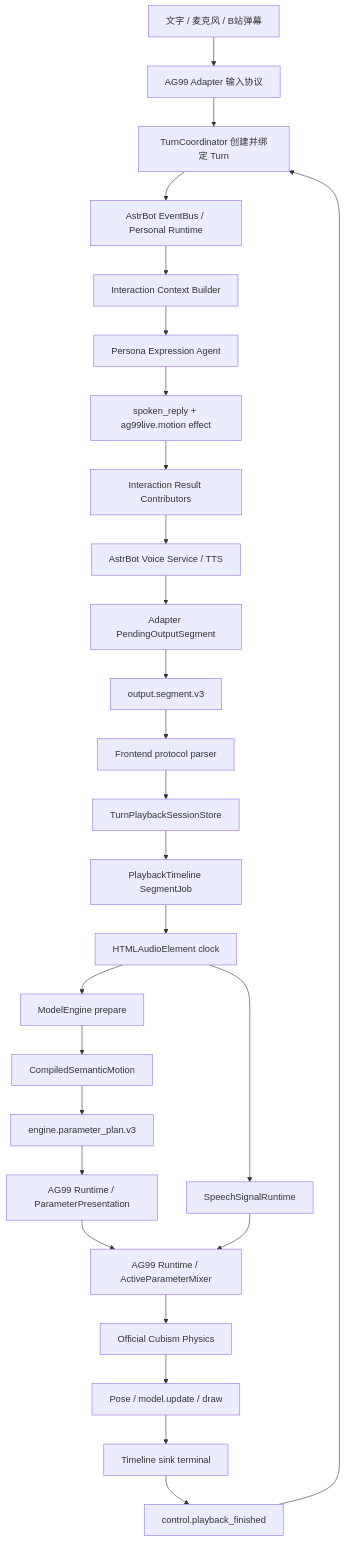
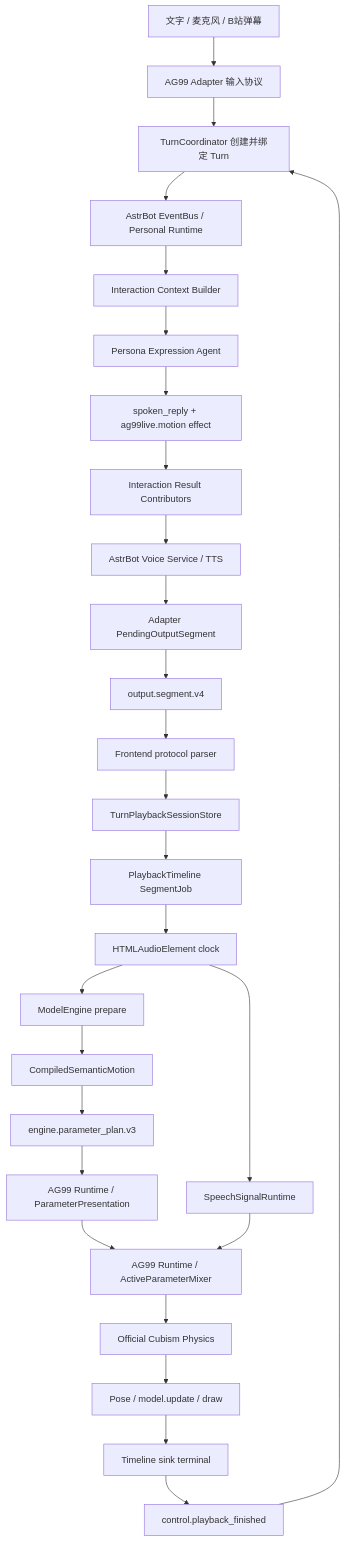
One commit to murphys7017/AG99live changed the diagram in docs/02-设计文档/19-角色表演主流程与编排职责审计.md. Above: the diagram before and after it, drawn with Mermaid. The commit also changed other lines of this file and 42 other files, not shown here.

````diff
--- a/docs/02-设计文档/19-角色表演主流程与编排职责审计.md
+++ b/docs/02-设计文档/19-角色表演主流程与编排职责审计.md
@@ -50,29 +50,29 @@
 ```mermaid
 flowchart TD
     U[文字 / 麦克风 / B站弹幕] --> A[AG99 Adapter 输入协议]
     A --> B[TurnCoordinator 创建并绑定 Turn]
     B --> C[AstrBot EventBus / Personal Runtime]
     C --> D[Interaction Context Builder]
     D --> E[Persona Expression Agent]
     E --> F[spoken_reply + ag99live.motion effect]
     F --> G[Interaction Result Contributors]
     G --> H[AstrBot Voice Service / TTS]
     H --> I[Adapter PendingOutputSegment]
-    I --> J[output.segment.v3]
+    I --> J[output.segment.v4]
     J --> K[Frontend protocol parser]
     K --> L[TurnPlaybackSessionStore]
     L --> M[PlaybackTimeline SegmentJob]
     M --> N[HTMLAudioElement clock]
     N --> O[ModelEngine prepare]
     O --> P[CompiledSemanticMotion]
     P --> Q[engine.parameter_plan.v3]
     Q --> R[AG99 Runtime / ParameterPresentation]
     N --> S[SpeechSignalRuntime]
     R --> T[AG99 Runtime / ActiveParameterMixer]
     S --> T
     T --> V[Official Cubism Physics]
     V --> W[Pose / model.update / draw]
     W --> X[Timeline sink terminal]
     X --> Y[control.playback_finished]
     Y --> B
 ```
````
